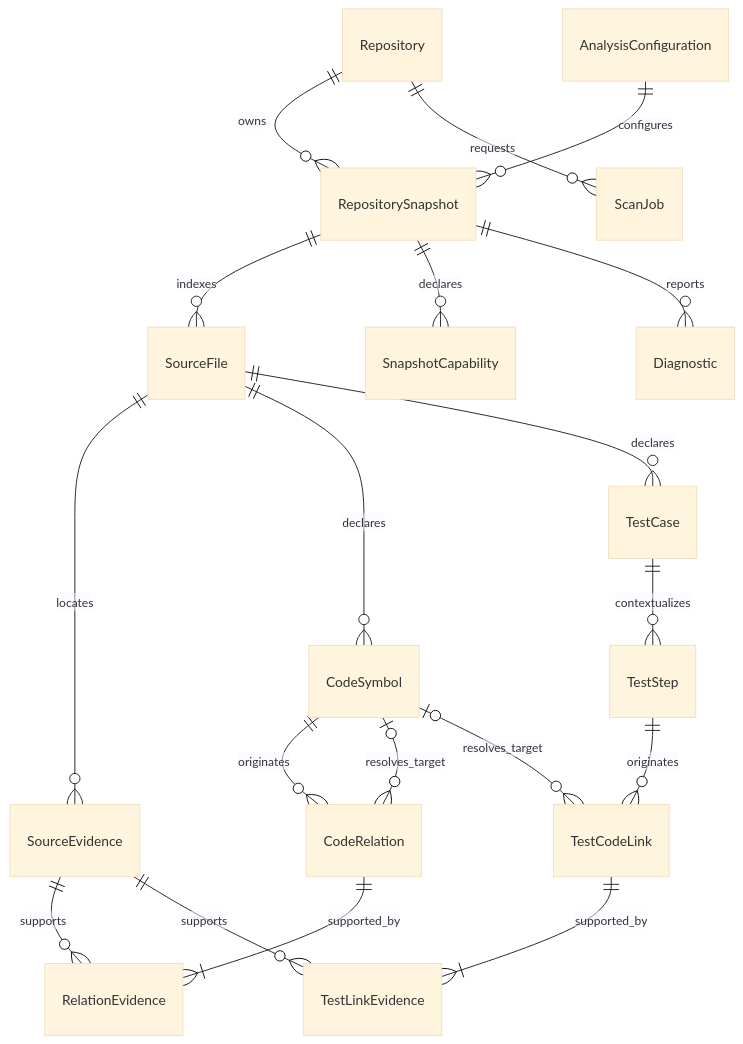
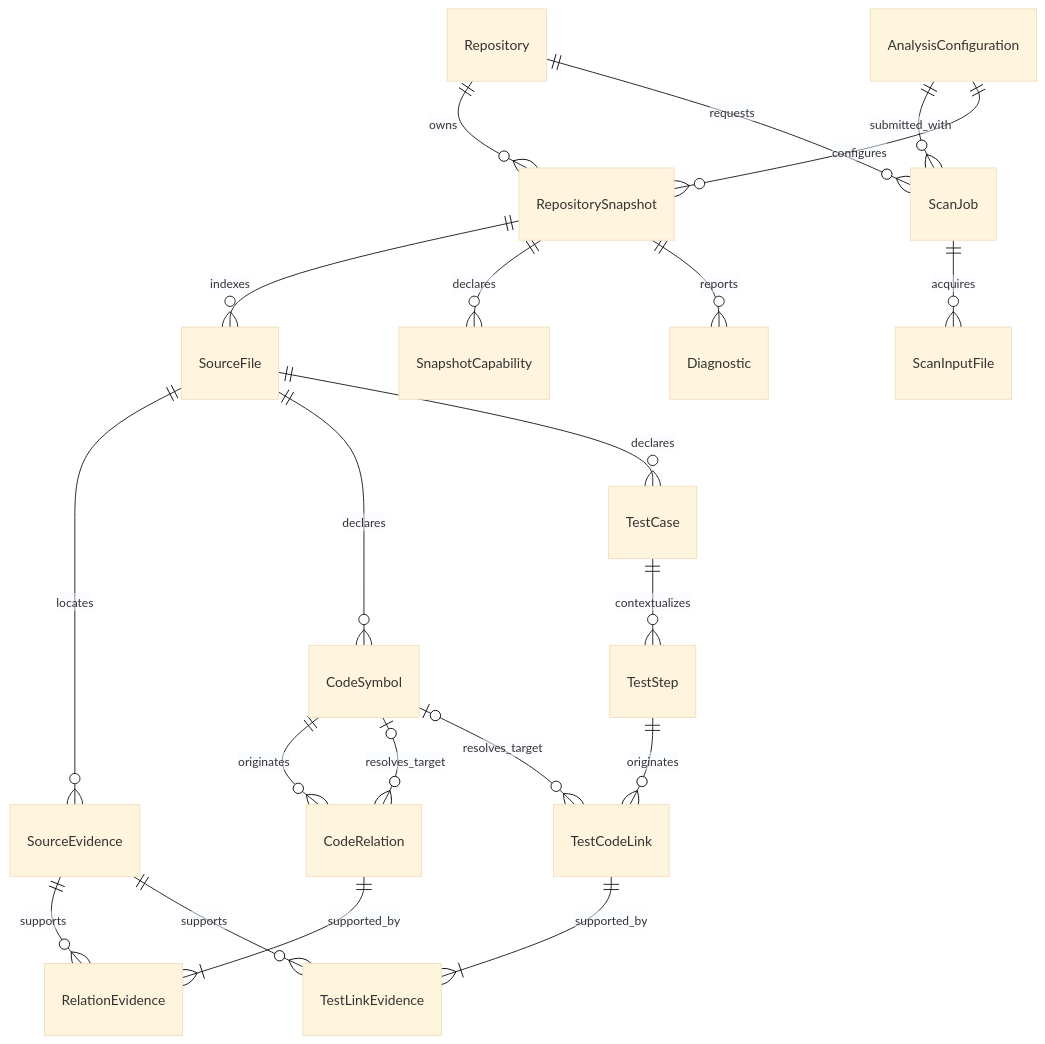
Before and after one commit to hungthinh1104/CodeThread: the first of 2 diagrams in docs/architecture.md, drawn with Mermaid (base theme). The commit also changed other lines of this file and 4 other files, not shown here.

Commit message:
docs(architecture): finalize API and provenance audit

````diff
--- a/docs/architecture.md
+++ b/docs/architecture.md
@@ -90,21 +94,23 @@
 ```mermaid
 erDiagram
     Repository ||--o{ RepositorySnapshot : owns
     Repository ||--o{ ScanJob : requests
+    ScanJob ||--o{ ScanInputFile : acquires
+    AnalysisConfiguration ||--o{ ScanJob : submitted_with
     AnalysisConfiguration ||--o{ RepositorySnapshot : configures
     RepositorySnapshot ||--o{ SourceFile : indexes
     RepositorySnapshot ||--o{ SnapshotCapability : declares
     RepositorySnapshot ||--o{ Diagnostic : reports
     SourceFile ||--o{ SourceEvidence : locates
     SourceFile ||--o{ CodeSymbol : declares
     SourceFile ||--o{ TestCase : declares
     TestCase ||--o{ TestStep : contextualizes
     TestStep ||--o{ TestCodeLink : originates
     CodeSymbol ||--o{ CodeRelation : originates
     CodeSymbol o|--o{ CodeRelation : resolves_target
     CodeSymbol o|--o{ TestCodeLink : resolves_target
     CodeRelation ||--|{ RelationEvidence : supported_by
     TestCodeLink ||--|{ TestLinkEvidence : supported_by
     SourceEvidence ||--o{ RelationEvidence : supports
     SourceEvidence ||--o{ TestLinkEvidence : supports
 ```
````
